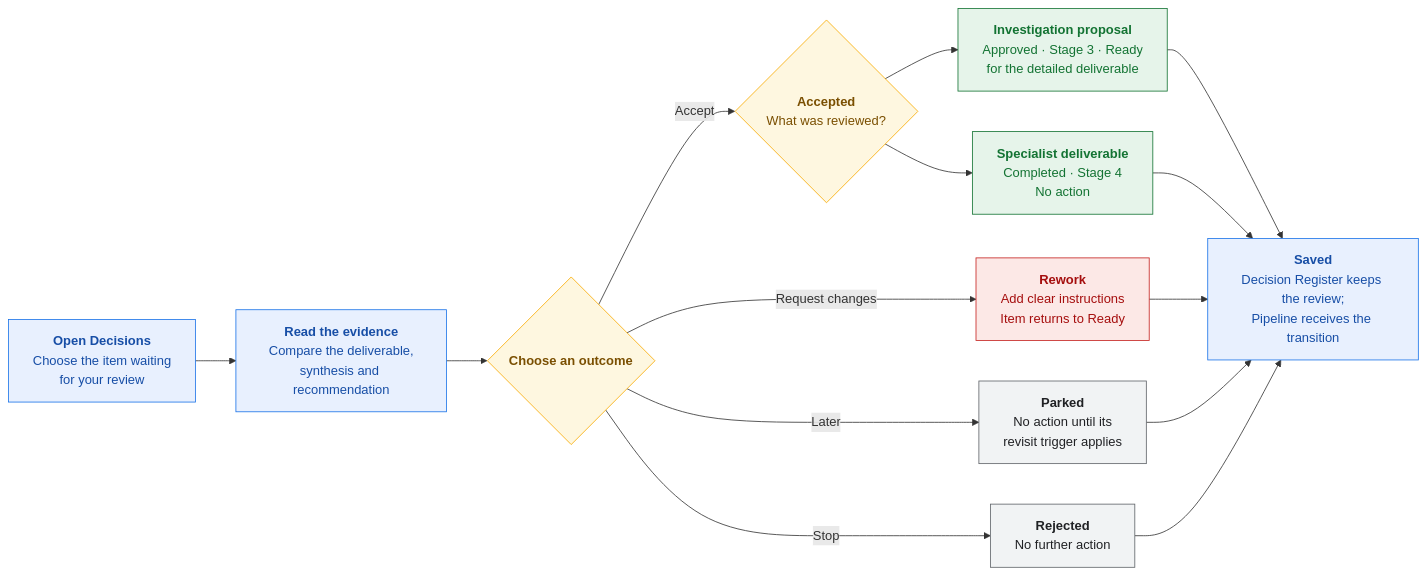
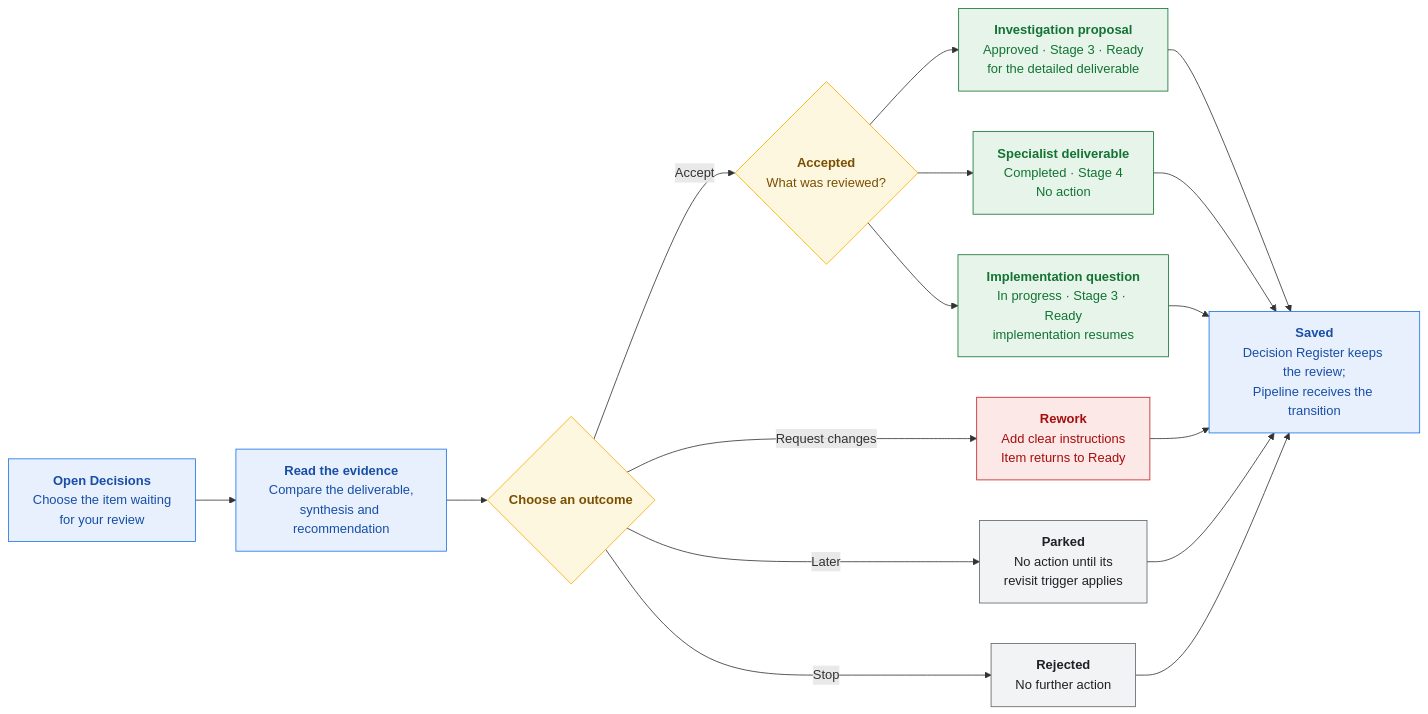
The diagram in docs/runbook/subscription-agents/workflow_operations.md (Welladino/Horology), drawn with Mermaid before and after one commit. The commit also changed other lines of this file and 5 other files, not shown here.

````diff
--- a/docs/runbook/subscription-agents/workflow_operations.md
+++ b/docs/runbook/subscription-agents/workflow_operations.md
@@ -35,37 +37,40 @@
 ```mermaid
 flowchart LR
   open["<b>Open Decisions</b><br/>Choose the item waiting<br/>for your review"]
   read["<b>Read the evidence</b><br/>Compare the deliverable,<br/>synthesis and recommendation"]
   choose{"<b>Choose an outcome</b>"}
   accepted{"<b>Accepted</b><br/>What was reviewed?"}
   proposal["<b>Investigation proposal</b><br/>Approved · Stage 3 · Ready<br/>for the detailed deliverable"]
   complete["<b>Specialist deliverable</b><br/>Completed · Stage 4<br/>No action"]
+  resume["<b>Implementation question</b><br/>In progress · Stage 3 · Ready<br/>implementation resumes"]
   rework["<b>Rework</b><br/>Add clear instructions<br/>Item returns to Ready"]
   parked["<b>Parked</b><br/>No action until its<br/>revisit trigger applies"]
   rejected["<b>Rejected</b><br/>No further action"]
   saved["<b>Saved</b><br/>Decision Register keeps the review;<br/>Pipeline receives the transition"]
 
   open --> read --> choose
   choose -->|Accept| accepted
   accepted --> proposal
   accepted --> complete
+  accepted --> resume
   choose -->|Request changes| rework
   choose -->|Later| parked
   choose -->|Stop| rejected
   proposal --> saved
   complete --> saved
+  resume --> saved
   rework --> saved
   parked --> saved
   rejected --> saved
 
   classDef action fill:#e8f0fe,stroke:#1a73e8,color:#174ea6
   classDef decision fill:#fef7e0,stroke:#f9ab00,color:#7a4f01
   classDef success fill:#e6f4ea,stroke:#137333,color:#137333
   classDef revise fill:#fce8e6,stroke:#c5221f,color:#a50e0e
   classDef neutral fill:#f1f3f4,stroke:#5f6368,color:#202124
   class open,read,saved action
   class choose,accepted decision
-  class proposal,complete success
+  class proposal,complete,resume success
   class rework revise
   class parked,rejected neutral
 ```
````
